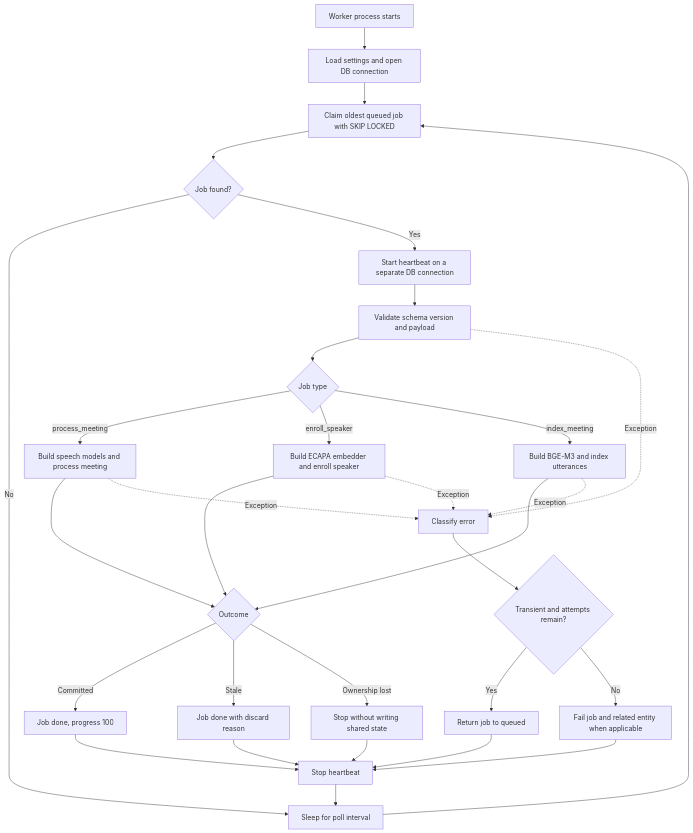
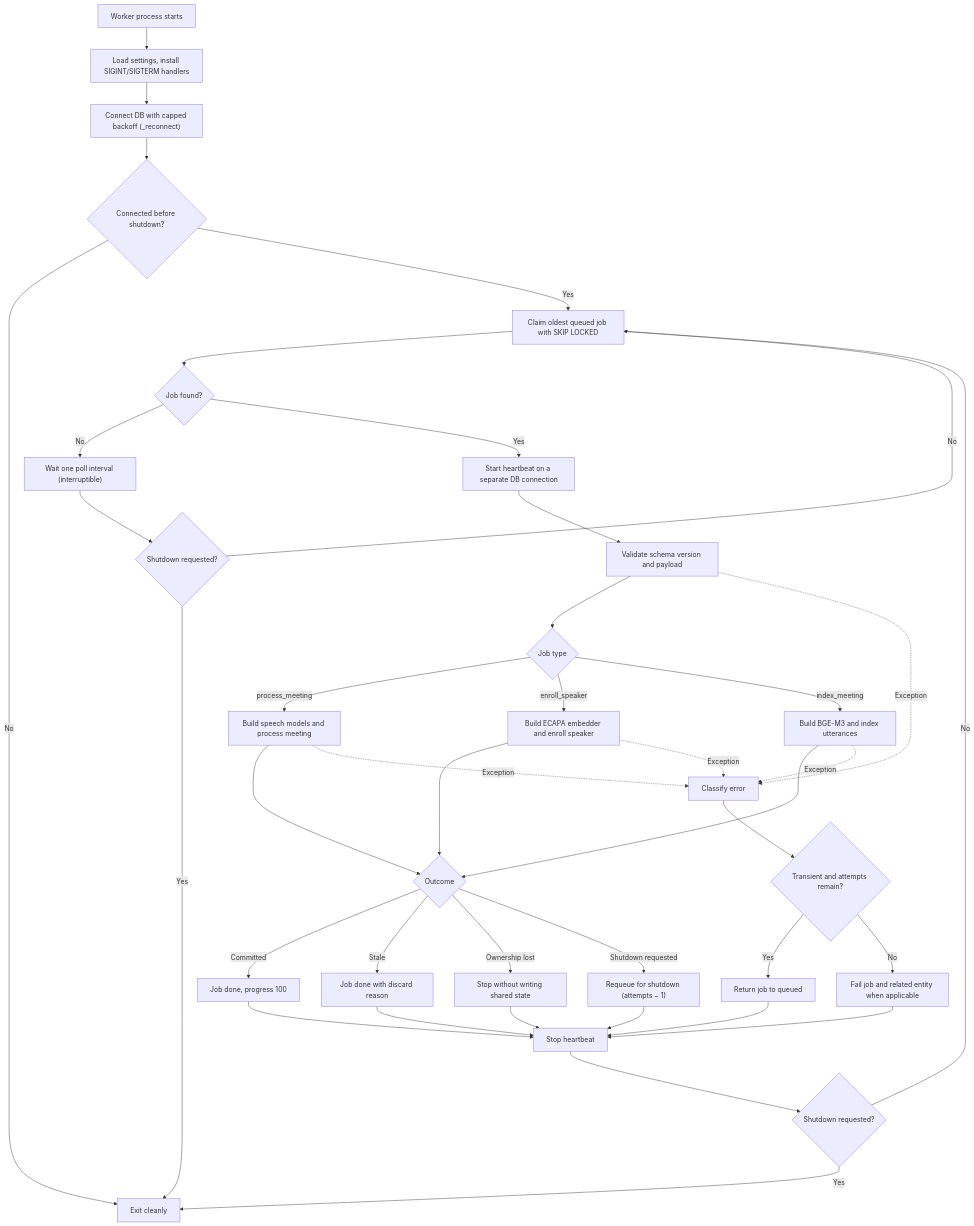
One commit to Yjason-K/Damwha changed the second of 7 diagrams in be/docs/worker-architecture.md. Above: the diagram before and after it, drawn with Mermaid. The commit also changed other lines of this file, not shown here.

Commit message:
docs: update worker architecture doc for resilient loop and graceful shutdown

````diff
--- a/be/docs/worker-architecture.md
+++ b/be/docs/worker-architecture.md
@@ -102,38 +102,47 @@
 ```mermaid
 flowchart TD
-    start["Worker process starts"] --> load["Load settings and open DB connection"]
-    load --> claim["Claim oldest queued job with SKIP LOCKED"]
+    start["Worker process starts"] --> load["Load settings, install SIGINT/SIGTERM handlers"]
+    load --> connect["Connect DB with capped backoff (_reconnect)"]
+    connect --> connOk{"Connected before shutdown?"}
+    connOk -->|"No"| exit["Exit cleanly"]
+    connOk -->|"Yes"| claim["Claim oldest queued job with SKIP LOCKED"]
     claim --> found{"Job found?"}
-    found -->|"No"| sleep["Sleep for poll interval"]
-    sleep --> claim
+    found -->|"No"| idle["Wait one poll interval (interruptible)"]
+    idle --> shutIdle{"Shutdown requested?"}
+    shutIdle -->|"Yes"| exit
+    shutIdle -->|"No"| claim
     found -->|"Yes"| beat["Start heartbeat on a separate DB connection"]
     beat --> validate["Validate schema version and payload"]
     validate --> route{"Job type"}
 
     route -->|"process_meeting"| process["Build speech models and process meeting"]
     route -->|"enroll_speaker"| enroll["Build ECAPA embedder and enroll speaker"]
     route -->|"index_meeting"| index["Build BGE-M3 and index utterances"]
 
     process --> outcome{"Outcome"}
     enroll --> outcome
     index --> outcome
 
     outcome -->|"Committed"| done["Job done, progress 100"]
     outcome -->|"Stale"| discarded["Job done with discard reason"]
     outcome -->|"Ownership lost"| lost["Stop without writing shared state"]
+    outcome -->|"Shutdown requested"| shutReq["Requeue for shutdown (attempts − 1)"]
 
     validate -.->|"Exception"| classify["Classify error"]
     process -.->|"Exception"| classify
     enroll -.->|"Exception"| classify
     index -.->|"Exception"| classify
     classify --> retry{"Transient and attempts remain?"}
     retry -->|"Yes"| requeue["Return job to queued"]
     retry -->|"No"| failed["Fail job and related entity when applicable"]
 
     done --> stopBeat["Stop heartbeat"]
     discarded --> stopBeat
     lost --> stopBeat
+    shutReq --> stopBeat
     requeue --> stopBeat
     failed --> stopBeat
-    stopBeat --> sleep
+    stopBeat --> shutAfter{"Shutdown requested?"}
+    shutAfter -->|"Yes"| exit
+    shutAfter -->|"No"| claim
 ```
````
